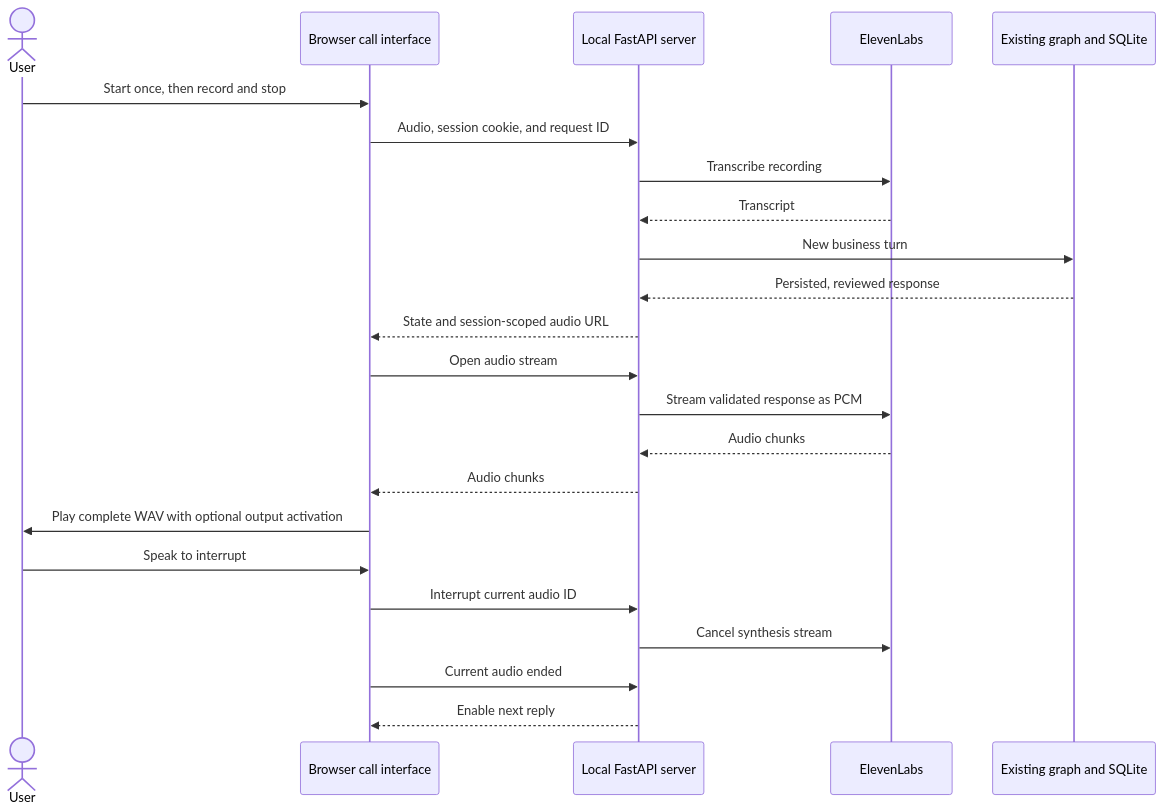
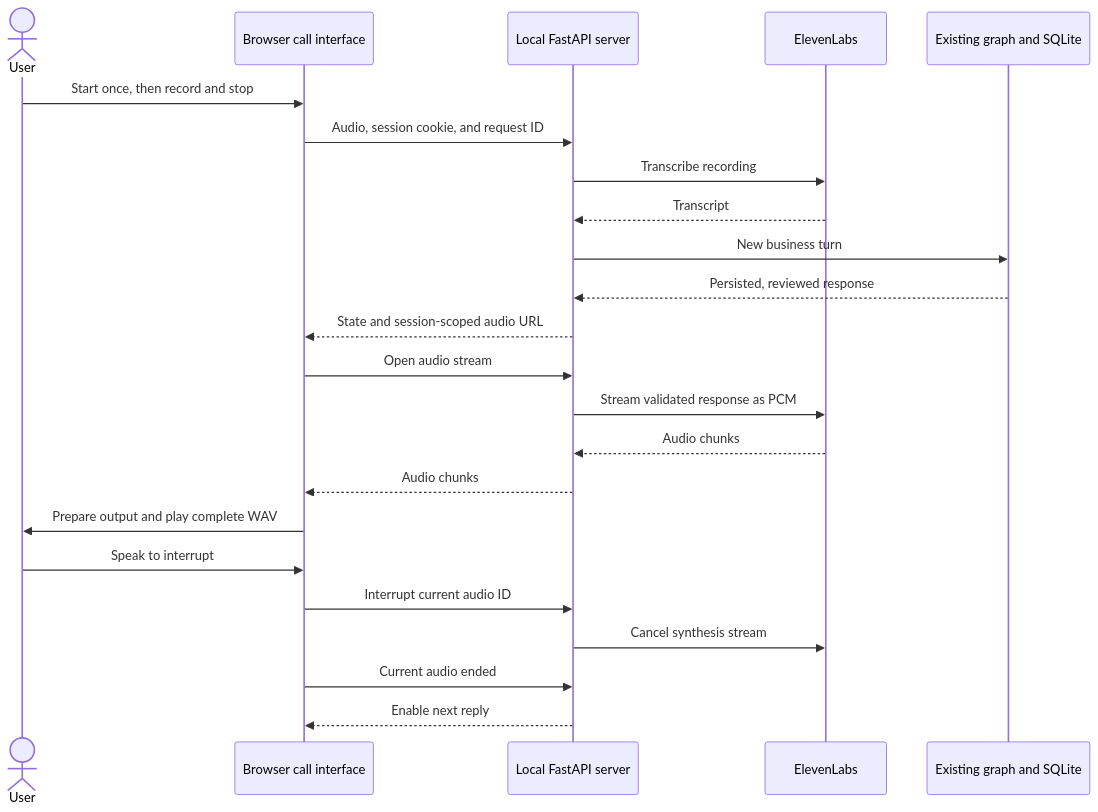
The diagram in apps/voice_simulator/README.md (sergiomorapardo/AgenticDebtCollection), drawn with Mermaid before and after one commit. The commit also changed other lines of this file and 3 other files, not shown here.

````diff
--- a/apps/voice_simulator/README.md
+++ b/apps/voice_simulator/README.md
@@ -12,25 +12,25 @@
 ```mermaid
 sequenceDiagram
     actor User
     participant UI as Browser call interface
     participant API as Local FastAPI server
     participant Speech as ElevenLabs
     participant Agent as Existing graph and SQLite
     User->>UI: Start once, then record and stop
     UI->>API: Audio, session cookie, and request ID
     API->>Speech: Transcribe recording
     Speech-->>API: Transcript
     API->>Agent: New business turn
     Agent-->>API: Persisted, reviewed response
     API-->>UI: State and session-scoped audio URL
     UI->>API: Open audio stream
     API->>Speech: Stream validated response as PCM
     Speech-->>API: Audio chunks
     API-->>UI: Audio chunks
-    UI->>User: Play complete WAV with optional output activation
+    UI->>User: Prepare output and play complete WAV
     User->>UI: Speak to interrupt
     UI->>API: Interrupt current audio ID
     API->>Speech: Cancel synthesis stream
     UI->>API: Current audio ended
     API-->>UI: Enable next reply
 ```
````
